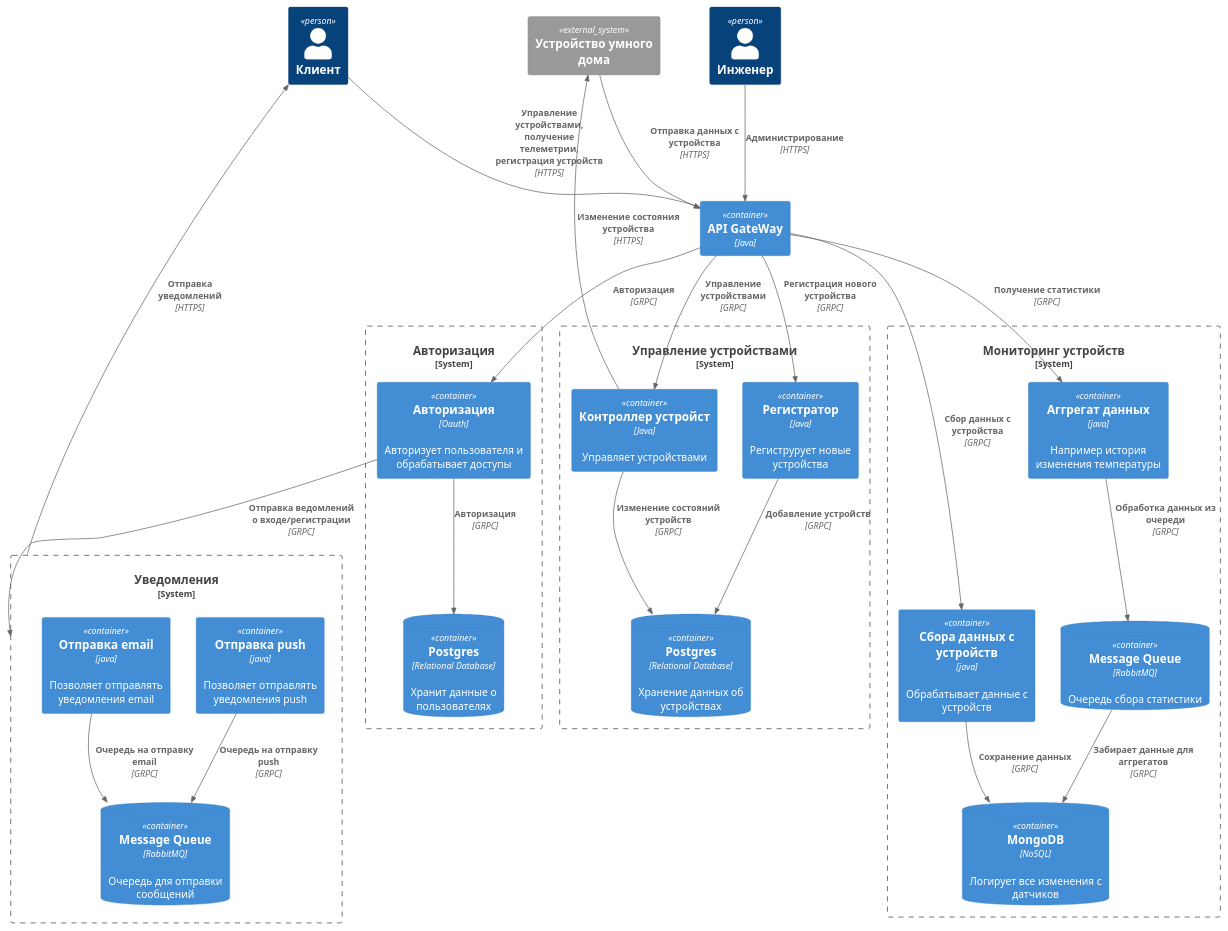
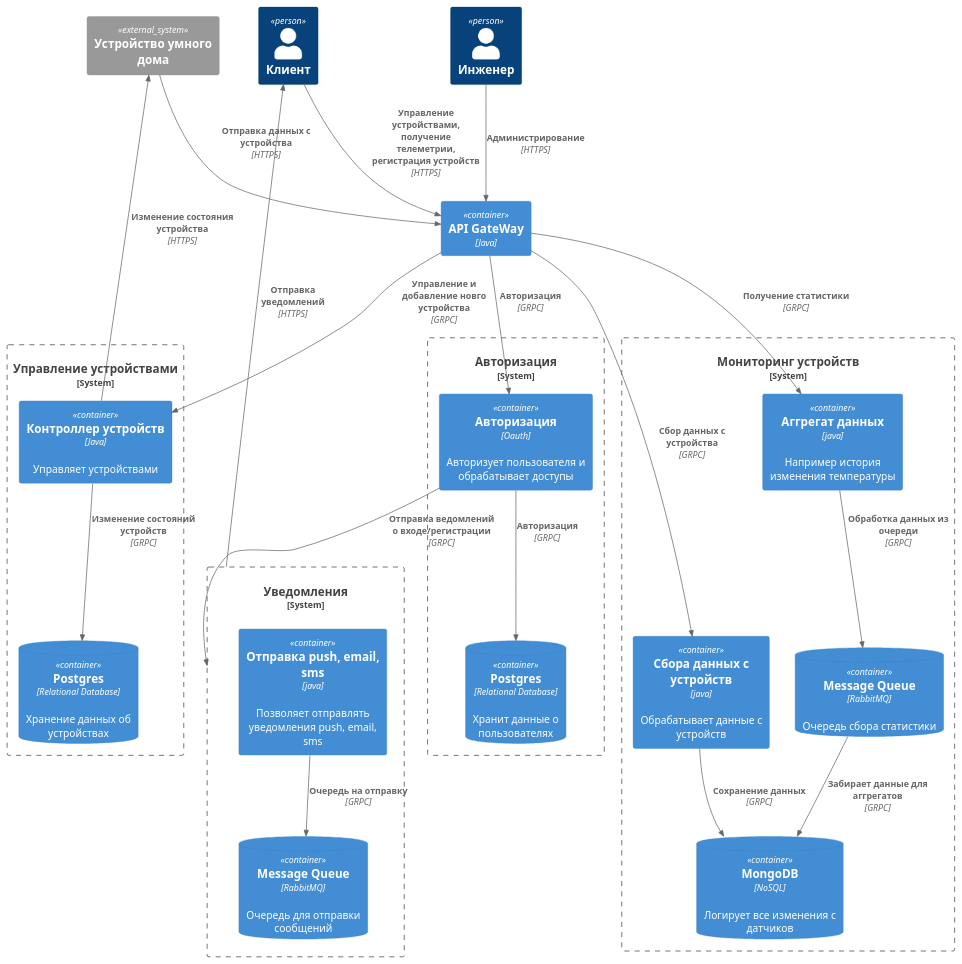
Before and after one commit to ZhurkinAngular/Warmhouse: the diagram in C4_2_TO_BE_Container.puml, drawn with PlantUML. The commit also changed 7 other files, not shown here.

```diff
--- a/C4_2_TO_BE_Container.puml
+++ b/C4_2_TO_BE_Container.puml
@@ -1,58 +1,53 @@
 @startuml
 !include <C4/C4_Container>
 
 Person(client, "Клиент")
 Person(engineer, "Инженер")
 
 Container(apigw, "API GateWay", "Java")
 
 System_Boundary(c1, "Управление устройствами") {
-    Container(home_reg, "Регистратор", "Java", "Региструрует новые устройства")
-    Container(home_controller, "Контроллер устройст", "Java", "Управляет устройствами")
+    Container(home_controller, "Контроллер устройств", "Java", "Управляет устройствами")
     ContainerDb(devices_db, "Postgres", "Relational Database", "Хранение данных об устройствах")
 }
 System_Boundary(telemetry, "Мониторинг устройств") {
   Container(teltmetry_controller, "Сбора данных с устройств", "java", "Обрабатывает данные с устройств")
   Container(teltmetry_aggregate, "Аггрегат данных", "java", "Например история изменения температуры")
   ContainerDb(telemetry_qdb, "Message Queue", "RabbitMQ", "Очередь сбора статистики")
   ContainerDb(telemetry_db, "MongoDB", "NoSQL", "Логирует все изменения с датчиков")
 }
 System_Boundary(notification, "Уведомления") {
-  Container(notification_push, "Отправка push", "java", "Позволяет отправлять уведомления push")
-  Container(notification_email, "Отправка email", "java", "Позволяет отправлять уведомления email")
+  Container(notification_send, "Отправка push, email, sms", "java", "Позволяет отправлять уведомления push, email, sms")
   ContainerDb(queue_db, "Message Queue", "RabbitMQ", "Очередь для отправки сообщений")
 }
 System_Boundary(auth, "Авторизация") {
   Container(auth_containter, "Авторизация", "Oauth", "Авторизует пользователя и обрабатывает доступы")
   ContainerDb(users_db,"Postgres", "Relational Database", "Хранит данные о пользователях")
 }
 
 System_Ext(device, "Устройство умного дома")
 
 Rel(device, apigw, "Отправка данных с устройства", "HTTPS")
 Rel(client, apigw, "Управление устройствами, получение телеметрии, регистрация устройств", "HTTPS")
 Rel(engineer, apigw, "Администрирование", "HTTPS")
 
-Rel(apigw, home_controller, "Управление устройствами", "GRPC")
-Rel(apigw, home_reg, "Регистрация нового устройства", "GRPC")
+Rel(apigw, home_controller, "Управление и добавление новго устройства", "GRPC")
 Rel(apigw, teltmetry_controller, "Сбор данных с устройства", "GRPC")
 Rel(apigw, teltmetry_aggregate, "Получение статистики", "GRPC")
 Rel(apigw, auth_containter, "Авторизация", "GRPC")
 
 Rel(auth_containter, users_db, "Авторизация", "GRPC")
 Rel(auth_containter, notification, "Отправка ведомлений о входе/регистрации", "GRPC")
 
-Rel(notification_push, queue_db, "Очередь на отправку push", "GRPC")
-Rel(notification_email, queue_db, "Очередь на отправку email", "GRPC")
+Rel(notification_send, queue_db, "Очередь на отправку", "GRPC")
 
-Rel(home_reg, devices_db, "Добавление устройств", "GRPC")
 Rel(home_controller, devices_db, "Изменение состояний устройств", "GRPC")
 Rel(home_controller, device, "Изменение состояния устройства", "HTTPS")
 
 Rel(teltmetry_controller, telemetry_db, "Сохранение данных", "GRPC")
 Rel(teltmetry_aggregate, telemetry_qdb, "Обработка данных из очереди", "GRPC")
 Rel(telemetry_qdb, telemetry_db, "Забирает данные для аггрегатов", "GRPC")
 
 Rel(notification, client, "Отправка уведомлений", "HTTPS")
 
 @enduml
```
